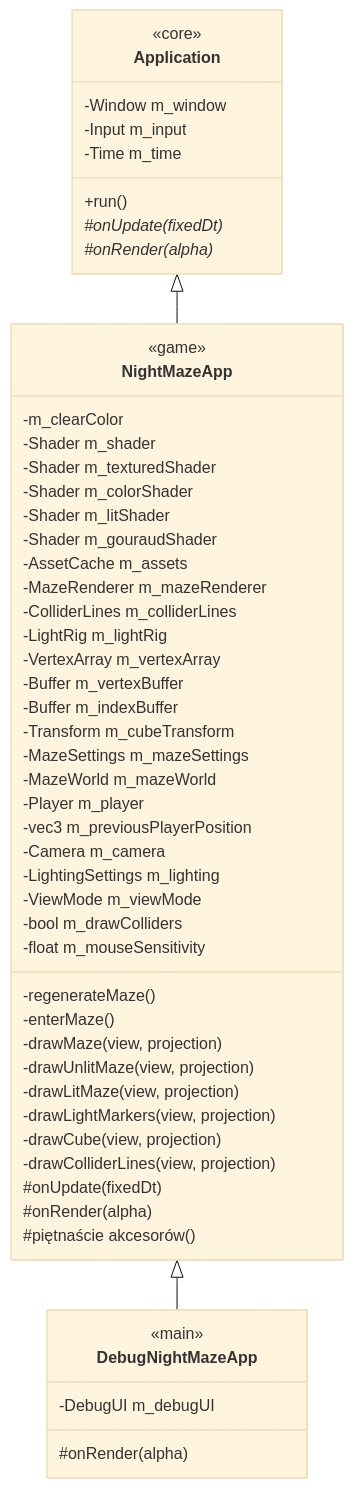
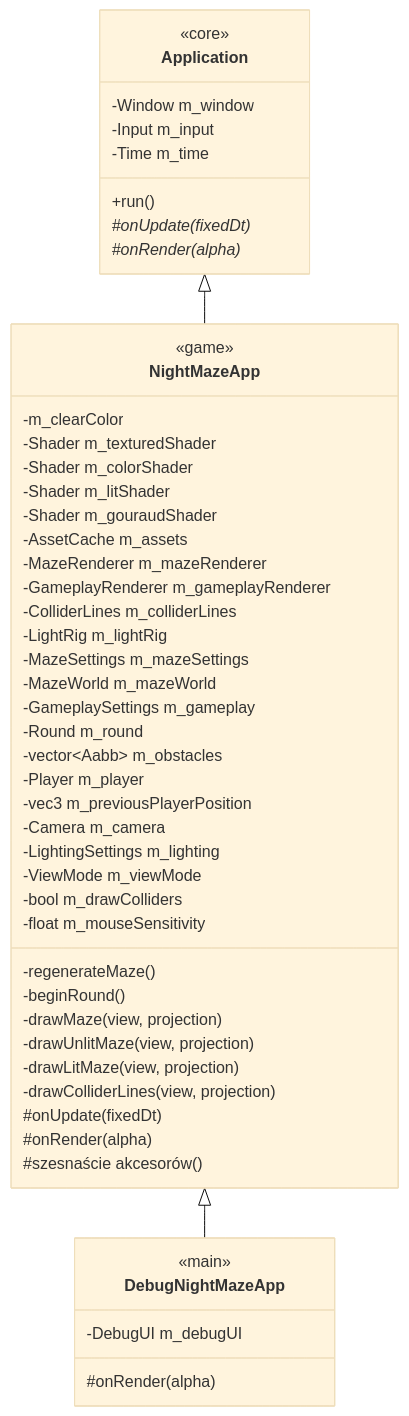
Before and after one commit to Shironex/night-maze: the third of 3 diagrams in docs/modules/core/README.md, drawn with Mermaid (base theme). The commit also changed other lines of this file and 50 other files, not shown here.

Commit message:
feat(game): draw crystals and the gate and retire the demo cube

````diff
--- a/docs/modules/core/README.md
+++ b/docs/modules/core/README.md
@@ -713,56 +811,53 @@
 ```mermaid
 classDiagram
     class Application {
         <<core>>
         -Window m_window
         -Input m_input
         -Time m_time
         +run()
         #onUpdate(fixedDt)*
         #onRender(alpha)*
     }
     class NightMazeApp {
         <<game>>
         -m_clearColor
-        -Shader m_shader
         -Shader m_texturedShader
         -Shader m_colorShader
         -Shader m_litShader
         -Shader m_gouraudShader
         -AssetCache m_assets
         -MazeRenderer m_mazeRenderer
+        -GameplayRenderer m_gameplayRenderer
         -ColliderLines m_colliderLines
         -LightRig m_lightRig
-        -VertexArray m_vertexArray
-        -Buffer m_vertexBuffer
-        -Buffer m_indexBuffer
-        -Transform m_cubeTransform
         -MazeSettings m_mazeSettings
         -MazeWorld m_mazeWorld
+        -GameplaySettings m_gameplay
+        -Round m_round
+        -vector~Aabb~ m_obstacles
         -Player m_player
         -vec3 m_previousPlayerPosition
         -Camera m_camera
         -LightingSettings m_lighting
         -ViewMode m_viewMode
         -bool m_drawColliders
         -float m_mouseSensitivity
         -regenerateMaze()
-        -enterMaze()
+        -beginRound()
         -drawMaze(view, projection)
         -drawUnlitMaze(view, projection)
         -drawLitMaze(view, projection)
-        -drawLightMarkers(view, projection)
-        -drawCube(view, projection)
         -drawColliderLines(view, projection)
         #onUpdate(fixedDt)
         #onRender(alpha)
-        #piętnaście akcesorów()
+        #szesnaście akcesorów()
     }
     class DebugNightMazeApp {
         <<main>>
         -DebugUI m_debugUI
         #onRender(alpha)
     }
     Application <|-- NightMazeApp
     NightMazeApp <|-- DebugNightMazeApp
 ```
````
